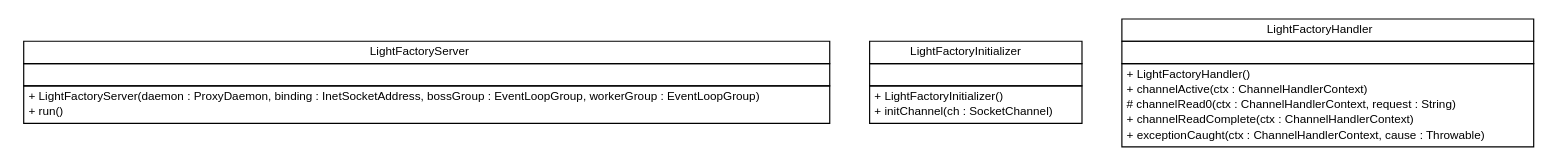
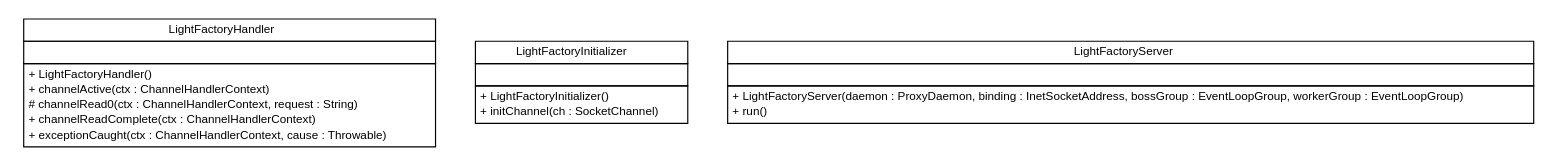
One commit to pcross616/lf-osc-proxy changed the diagram in apidocs/com/xley/lfosc/lightfactory/server/com.xley.lfosc.lightfactory.server.dot. Above: the diagram before and after it, drawn with Graphviz. The commit also changed 355 other files, not shown here.

```diff
--- a/apidocs/com/xley/lfosc/lightfactory/server/com.xley.lfosc.lightfactory.server.dot
+++ b/apidocs/com/xley/lfosc/lightfactory/server/com.xley.lfosc.lightfactory.server.dot
@@ -1,54 +1,54 @@
 #!/usr/local/bin/dot
 #
 # Class diagram 
 # Generated by UMLGraph version R5_6 (http://www.umlgraph.org/)
 #
 
 digraph G {
 	edge [fontname="Helvetica",fontsize=10,labelfontname="Helvetica",labelfontsize=10];
 	node [fontname="Helvetica",fontsize=10,shape=plaintext];
 	nodesep=0.25;
 	ranksep=0.5;
-	// com.xley.lfosc.lightfactory.server.LightFactoryServer
-	c88 [label=<<table title="com.xley.lfosc.lightfactory.server.LightFactoryServer" border="0" cellborder="1" cellspacing="0" cellpadding="2" port="p" href="./LightFactoryServer.html">
-		<tr><td><table border="0" cellspacing="0" cellpadding="1">
-<tr><td align="center" balign="center"> LightFactoryServer </td></tr>
-		</table></td></tr>
-		<tr><td><table border="0" cellspacing="0" cellpadding="1">
-<tr><td align="left" balign="left">  </td></tr>
-		</table></td></tr>
-		<tr><td><table border="0" cellspacing="0" cellpadding="1">
-<tr><td align="left" balign="left"> + LightFactoryServer(daemon : ProxyDaemon, binding : InetSocketAddress, bossGroup : EventLoopGroup, workerGroup : EventLoopGroup) </td></tr>
-<tr><td align="left" balign="left"> + run() </td></tr>
-		</table></td></tr>
-		</table>>, URL="./LightFactoryServer.html", fontname="Helvetica", fontcolor="black", fontsize=10.0];
-	// com.xley.lfosc.lightfactory.server.LightFactoryInitializer
-	c89 [label=<<table title="com.xley.lfosc.lightfactory.server.LightFactoryInitializer" border="0" cellborder="1" cellspacing="0" cellpadding="2" port="p" href="./LightFactoryInitializer.html">
-		<tr><td><table border="0" cellspacing="0" cellpadding="1">
-<tr><td align="center" balign="center"> LightFactoryInitializer </td></tr>
-		</table></td></tr>
-		<tr><td><table border="0" cellspacing="0" cellpadding="1">
-<tr><td align="left" balign="left">  </td></tr>
-		</table></td></tr>
-		<tr><td><table border="0" cellspacing="0" cellpadding="1">
-<tr><td align="left" balign="left"> + LightFactoryInitializer() </td></tr>
-<tr><td align="left" balign="left"> + initChannel(ch : SocketChannel) </td></tr>
-		</table></td></tr>
-		</table>>, URL="./LightFactoryInitializer.html", fontname="Helvetica", fontcolor="black", fontsize=10.0];
 	// com.xley.lfosc.lightfactory.server.LightFactoryHandler
-	c90 [label=<<table title="com.xley.lfosc.lightfactory.server.LightFactoryHandler" border="0" cellborder="1" cellspacing="0" cellpadding="2" port="p" href="./LightFactoryHandler.html">
+	c469 [label=<<table title="com.xley.lfosc.lightfactory.server.LightFactoryHandler" border="0" cellborder="1" cellspacing="0" cellpadding="2" port="p" href="./LightFactoryHandler.html">
 		<tr><td><table border="0" cellspacing="0" cellpadding="1">
 <tr><td align="center" balign="center"> LightFactoryHandler </td></tr>
 		</table></td></tr>
 		<tr><td><table border="0" cellspacing="0" cellpadding="1">
 <tr><td align="left" balign="left">  </td></tr>
 		</table></td></tr>
 		<tr><td><table border="0" cellspacing="0" cellpadding="1">
 <tr><td align="left" balign="left"> + LightFactoryHandler() </td></tr>
 <tr><td align="left" balign="left"> + channelActive(ctx : ChannelHandlerContext) </td></tr>
 <tr><td align="left" balign="left"> # channelRead0(ctx : ChannelHandlerContext, request : String) </td></tr>
 <tr><td align="left" balign="left"> + channelReadComplete(ctx : ChannelHandlerContext) </td></tr>
 <tr><td align="left" balign="left"> + exceptionCaught(ctx : ChannelHandlerContext, cause : Throwable) </td></tr>
 		</table></td></tr>
 		</table>>, URL="./LightFactoryHandler.html", fontname="Helvetica", fontcolor="black", fontsize=10.0];
+	// com.xley.lfosc.lightfactory.server.LightFactoryInitializer
+	c470 [label=<<table title="com.xley.lfosc.lightfactory.server.LightFactoryInitializer" border="0" cellborder="1" cellspacing="0" cellpadding="2" port="p" href="./LightFactoryInitializer.html">
+		<tr><td><table border="0" cellspacing="0" cellpadding="1">
+<tr><td align="center" balign="center"> LightFactoryInitializer </td></tr>
+		</table></td></tr>
+		<tr><td><table border="0" cellspacing="0" cellpadding="1">
+<tr><td align="left" balign="left">  </td></tr>
+		</table></td></tr>
+		<tr><td><table border="0" cellspacing="0" cellpadding="1">
+<tr><td align="left" balign="left"> + LightFactoryInitializer() </td></tr>
+<tr><td align="left" balign="left"> + initChannel(ch : SocketChannel) </td></tr>
+		</table></td></tr>
+		</table>>, URL="./LightFactoryInitializer.html", fontname="Helvetica", fontcolor="black", fontsize=10.0];
+	// com.xley.lfosc.lightfactory.server.LightFactoryServer
+	c471 [label=<<table title="com.xley.lfosc.lightfactory.server.LightFactoryServer" border="0" cellborder="1" cellspacing="0" cellpadding="2" port="p" href="./LightFactoryServer.html">
+		<tr><td><table border="0" cellspacing="0" cellpadding="1">
+<tr><td align="center" balign="center"> LightFactoryServer </td></tr>
+		</table></td></tr>
+		<tr><td><table border="0" cellspacing="0" cellpadding="1">
+<tr><td align="left" balign="left">  </td></tr>
+		</table></td></tr>
+		<tr><td><table border="0" cellspacing="0" cellpadding="1">
+<tr><td align="left" balign="left"> + LightFactoryServer(daemon : ProxyDaemon, binding : InetSocketAddress, bossGroup : EventLoopGroup, workerGroup : EventLoopGroup) </td></tr>
+<tr><td align="left" balign="left"> + run() </td></tr>
+		</table></td></tr>
+		</table>>, URL="./LightFactoryServer.html", fontname="Helvetica", fontcolor="black", fontsize=10.0];
 }
```
